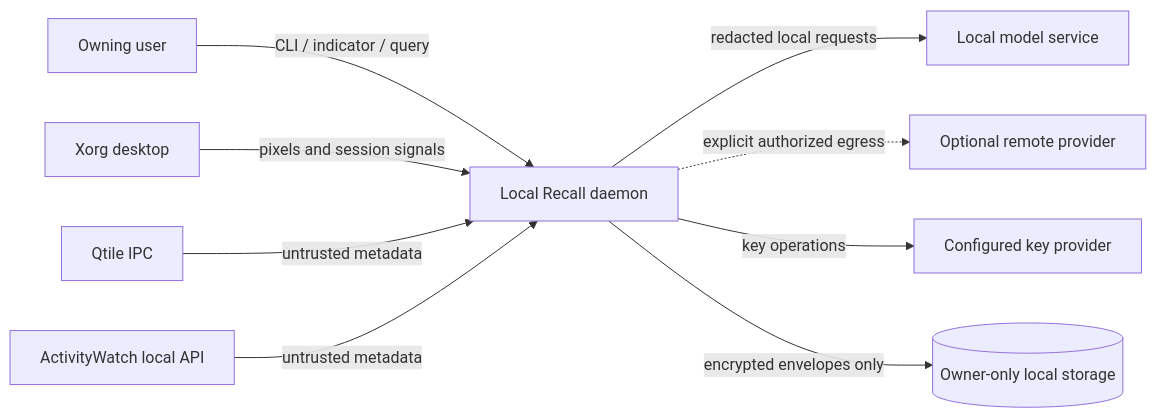
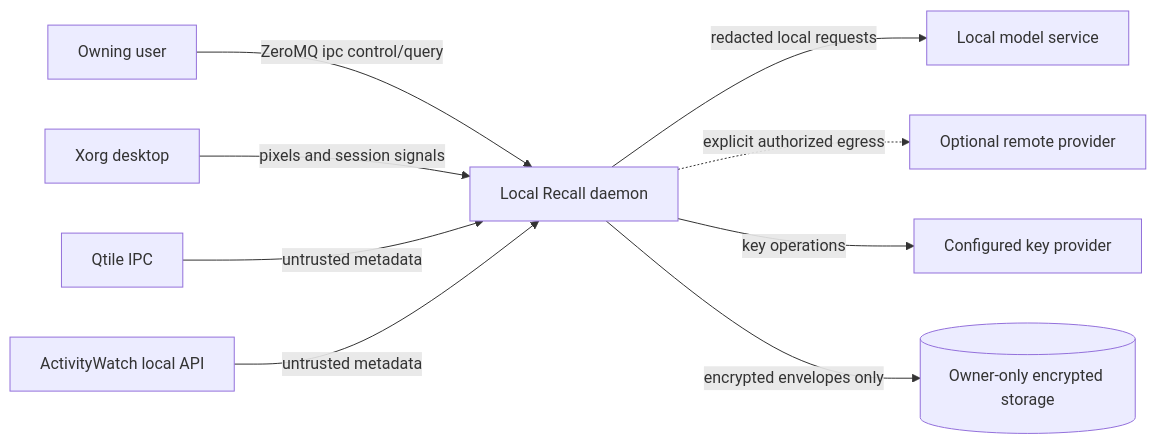
One commit to lost-rob0t/local-recall changed the first of 5 diagrams in docs/architecture.md. Above: the diagram before and after it, drawn with Mermaid. The commit also changed other lines of this file, not shown here.

Commit message:
Revise architecture for Pykka and ZeroMQ

````diff
--- a/docs/architecture.md
+++ b/docs/architecture.md
@@ -53,20 +58,20 @@
 ```mermaid
 flowchart LR
     User[Owning user]
     Desktop[Xorg desktop]
     Qtile[Qtile IPC]
     AW[ActivityWatch local API]
     Ollama[Local model service]
     Remote[Optional remote provider]
     Keys[Configured key provider]
-    Disk[(Owner-only local storage)]
+    Disk[(Owner-only encrypted storage)]
 
-    User -->|CLI / indicator / query| Daemon[Local Recall daemon]
+    User -->|ZeroMQ ipc control/query| Daemon[Local Recall daemon]
     Desktop -->|pixels and session signals| Daemon
     Qtile -->|untrusted metadata| Daemon
     AW -->|untrusted metadata| Daemon
     Daemon -->|redacted local requests| Ollama
     Daemon -. explicit authorized egress .-> Remote
     Daemon -->|key operations| Keys
     Daemon -->|encrypted envelopes only| Disk
 ```
````
